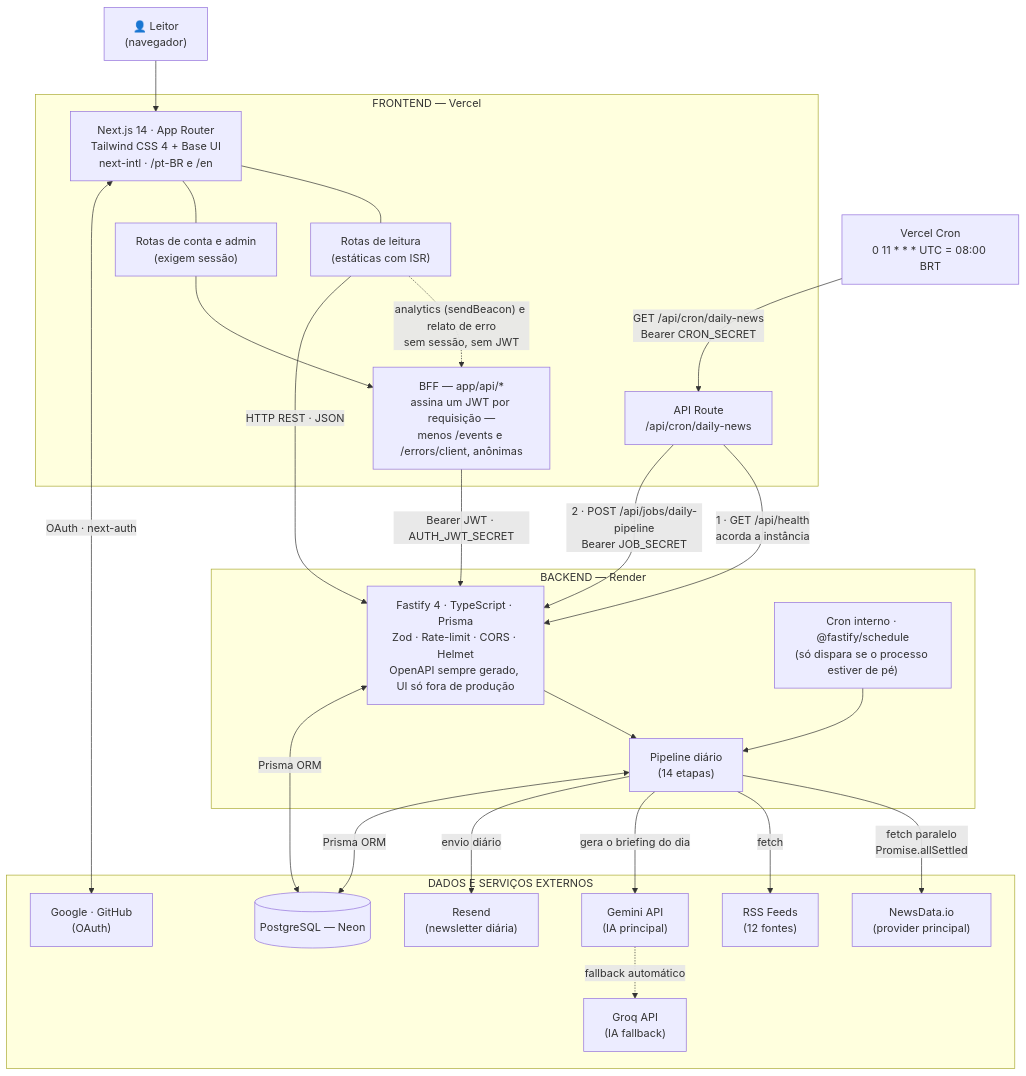
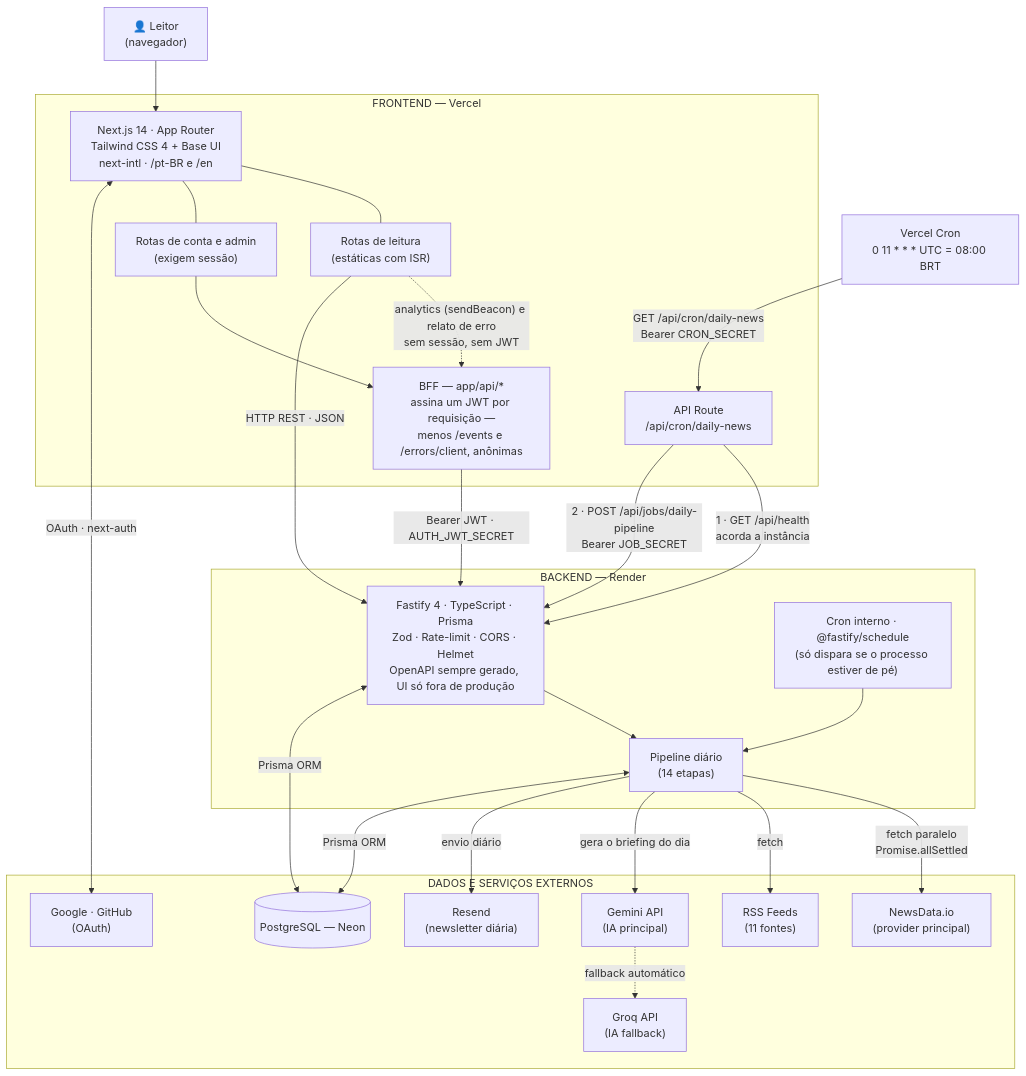
One commit to tavinholoco/newra-news changed the diagram in docs/diagrams/system-architecture.mermaid. Above: the diagram before and after it, drawn with Mermaid. The commit also changed 19 other files, not shown here.

```diff
--- a/docs/diagrams/system-architecture.mermaid
+++ b/docs/diagrams/system-architecture.mermaid
@@ -1,59 +1,59 @@
 %% Diagrama de Arquitetura do Sistema — Newra News
 %% ---
 %% Atualizado em 01/09/2026, depois das Fases 0–12 da V2. Este é o mapa de
 %% caixas grandes: o detalhe das rotas do frontend está em
 %% `frontend-routes.mermaid`, o da sessão em `auth-flow.mermaid`, e o do
 %% pipeline em `pipeline-sequence.mermaid`.
 %% ---
 %% **Não há keep-alive.** A API dorme no plano free do Render com ~15 min sem
 %% tráfego, e isso é decisão medida desde 01/09/2026 — quem precisa dela quente
 %% acorda antes de chamar (é o que o passo 1 do cron faz). Ver `docs/setup.md`.
 flowchart TB
     U["👤 Leitor<br/>(navegador)"]
 
     subgraph Frontend["FRONTEND — Vercel"]
         W["Next.js 14 · App Router<br/>Tailwind CSS 4 + Base UI<br/>next-intl · /pt-BR e /en"]
         PUB["Rotas de leitura<br/>(estáticas com ISR)"]
         PRIV["Rotas de conta e admin<br/>(exigem sessão)"]
         BFF["BFF — app/api/*<br/>assina um JWT por requisição —<br/>menos /events e /errors/client, anônimas"]
         CR["API Route<br/>/api/cron/daily-news"]
         W --- PUB
         W --- PRIV
         PRIV --> BFF
         PUB -.->|"analytics (sendBeacon) e relato de erro<br/>sem sessão, sem JWT"| BFF
     end
 
     subgraph Backend["BACKEND — Render"]
         API["Fastify 4 · TypeScript · Prisma<br/>Zod · Rate-limit · CORS · Helmet<br/>OpenAPI sempre gerado, UI só fora de produção"]
         PL["Pipeline diário<br/>(14 etapas)"]
         JOBS["Cron interno · @fastify/schedule<br/>(só dispara se o processo estiver de pé)"]
         API --> PL
         JOBS --> PL
     end
 
     subgraph Data["DADOS E SERVIÇOS EXTERNOS"]
         DB[("PostgreSQL — Neon")]
         ND["NewsData.io<br/>(provider principal)"]
-        RSS["RSS Feeds<br/>(12 fontes)"]
+        RSS["RSS Feeds<br/>(11 fontes)"]
         GEM["Gemini API<br/>(IA principal)"]
         GROQ["Groq API<br/>(IA fallback)"]
         RES["Resend<br/>(newsletter diária)"]
         OA["Google · GitHub<br/>(OAuth)"]
     end
 
     U --> W
     VC["Vercel Cron<br/>0 11 * * * UTC = 08:00 BRT"] -->|"GET /api/cron/daily-news<br/>Bearer CRON_SECRET"| CR
     CR -->|"1 · GET /api/health<br/>acorda a instância"| API
     CR -->|"2 · POST /api/jobs/daily-pipeline<br/>Bearer JOB_SECRET"| API
 
     PUB -->|"HTTP REST · JSON"| API
     BFF -->|"Bearer JWT · AUTH_JWT_SECRET"| API
     W <-->|"OAuth · next-auth"| OA
 
     PL -->|"fetch paralelo<br/>Promise.allSettled"| ND
     PL -->|"fetch"| RSS
     PL -->|"gera o briefing do dia"| GEM
     GEM -.->|"fallback automático"| GROQ
     PL -->|"envio diário"| RES
     PL <-->|"Prisma ORM"| DB
     API <-->|"Prisma ORM"| DB
```
